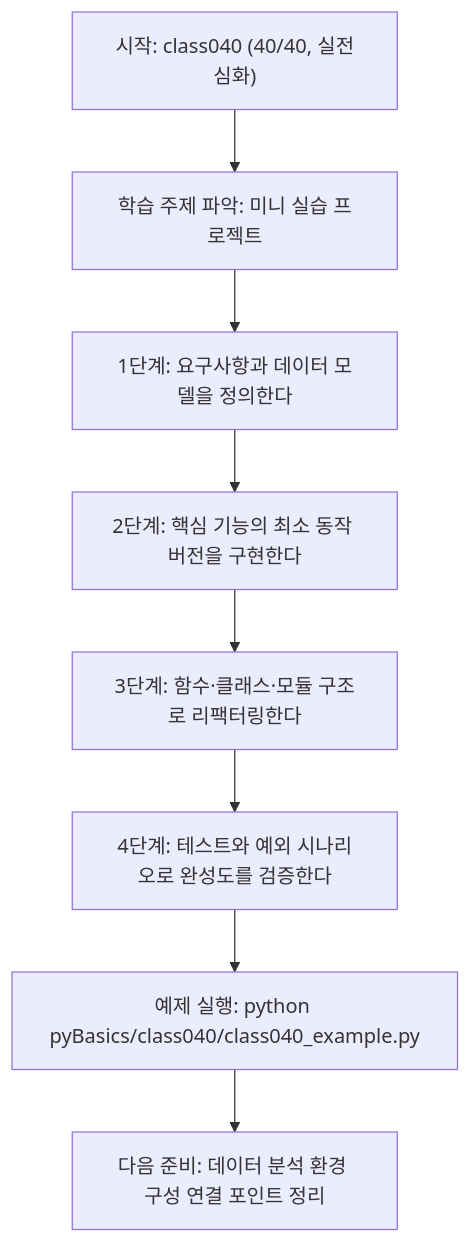
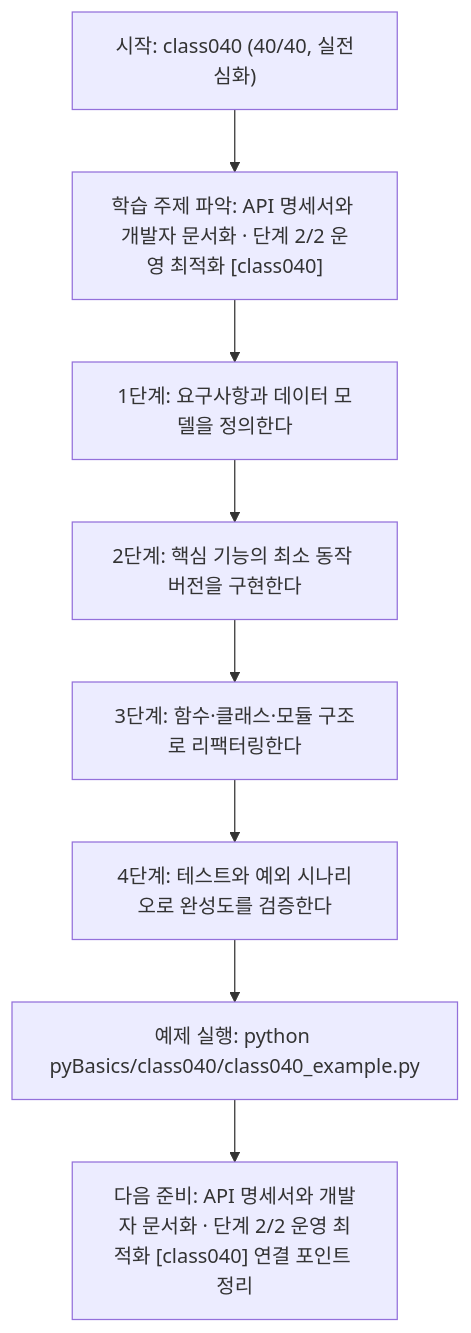
Before and after one commit to edumgt/Python-AI_Agent-Class: the diagram in pyBasics/class040/class040.md, drawn with Mermaid. The commit also changed other lines of this file and 522 other files, not shown here.

````diff
--- a/pyBasics/class040/class040.md
+++ b/pyBasics/class040/class040.md
@@ -109,18 +108,18 @@
 ```mermaid
 flowchart TD
 N1["시작: class040 (40/40, 실전심화)"]
-N2["학습 주제 파악: 미니 실습 프로젝트"]
+N2["학습 주제 파악: API 명세서와 개발자 문서화 · 단계 2/2 운영 최적화 [class040]"]
 N3["1단계: 요구사항과 데이터 모델을 정의한다"]
 N4["2단계: 핵심 기능의 최소 동작 버전을 구현한다"]
 N5["3단계: 함수·클래스·모듈 구조로 리팩터링한다"]
 N6["4단계: 테스트와 예외 시나리오로 완성도를 검증한다"]
 N7["예제 실행: python pyBasics/class040/class040_example.py"]
-N8["다음 준비: 데이터 분석 환경 구성 연결 포인트 정리"]
+N8["다음 준비: API 명세서와 개발자 문서화 · 단계 2/2 운영 최적화 [class040] 연결 포인트 정리"]
 N1 --> N2
 N2 --> N3
 N3 --> N4
 N4 --> N5
 N5 --> N6
 N6 --> N7
 N7 --> N8
 ```
````
